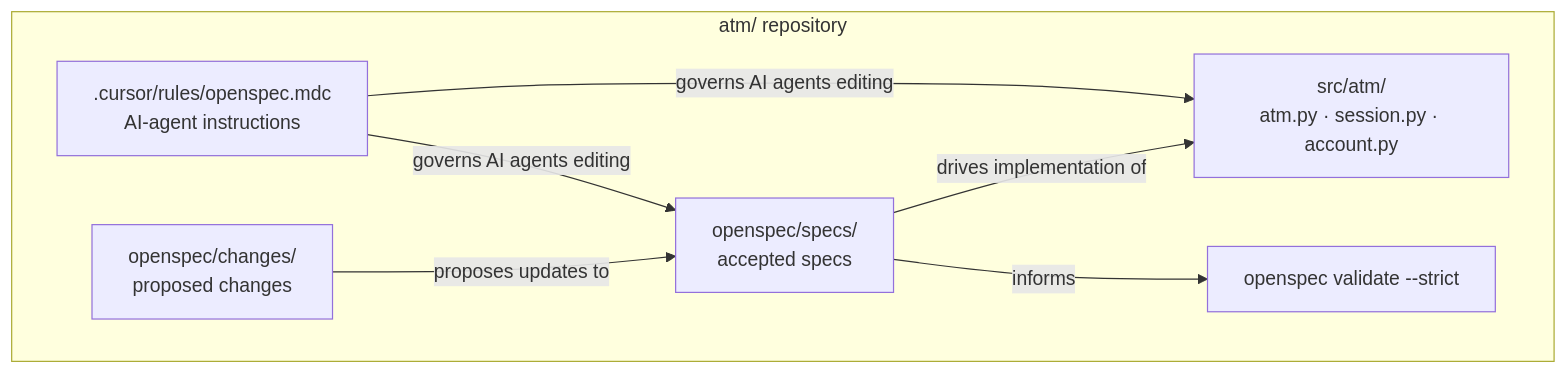
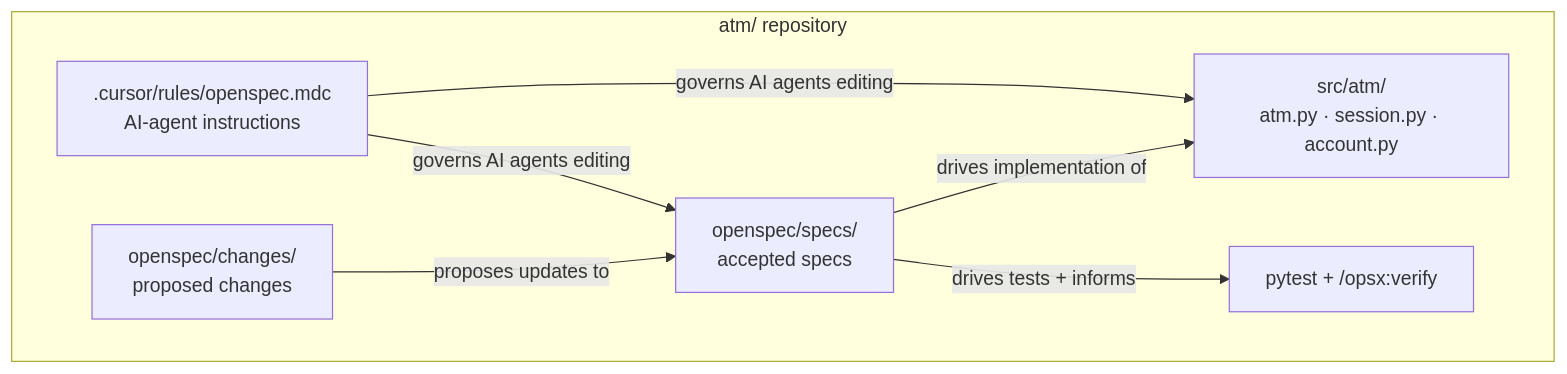
One commit to clawaimax/openspec-atm changed the sixth of 6 diagrams in README.md. Above: the diagram before and after it, drawn with Mermaid. The commit also changed other lines of this file, not shown here.

````diff
--- a/README.md
+++ b/README.md
@@ -601,16 +615,16 @@
 ```mermaid
 flowchart TD
     subgraph repo ["atm/ repository"]
         specs["openspec/specs/\naccepted specs"]
         changes["openspec/changes/\nproposed changes"]
         src["src/atm/\natm.py · session.py · account.py"]
-        valid["openspec validate --strict"]
+        valid["pytest + /opsx:verify"]
         rules[".cursor/rules/openspec.mdc\nAI-agent instructions"]
     end
 
     specs -->|"drives implementation of"| src
-    specs -->|"informs"| valid
+    specs -->|"drives tests + informs"| valid
     changes -->|"proposes updates to"| specs
     rules -->|"governs AI agents editing"| src
     rules -->|"governs AI agents editing"| specs
 ```
````
